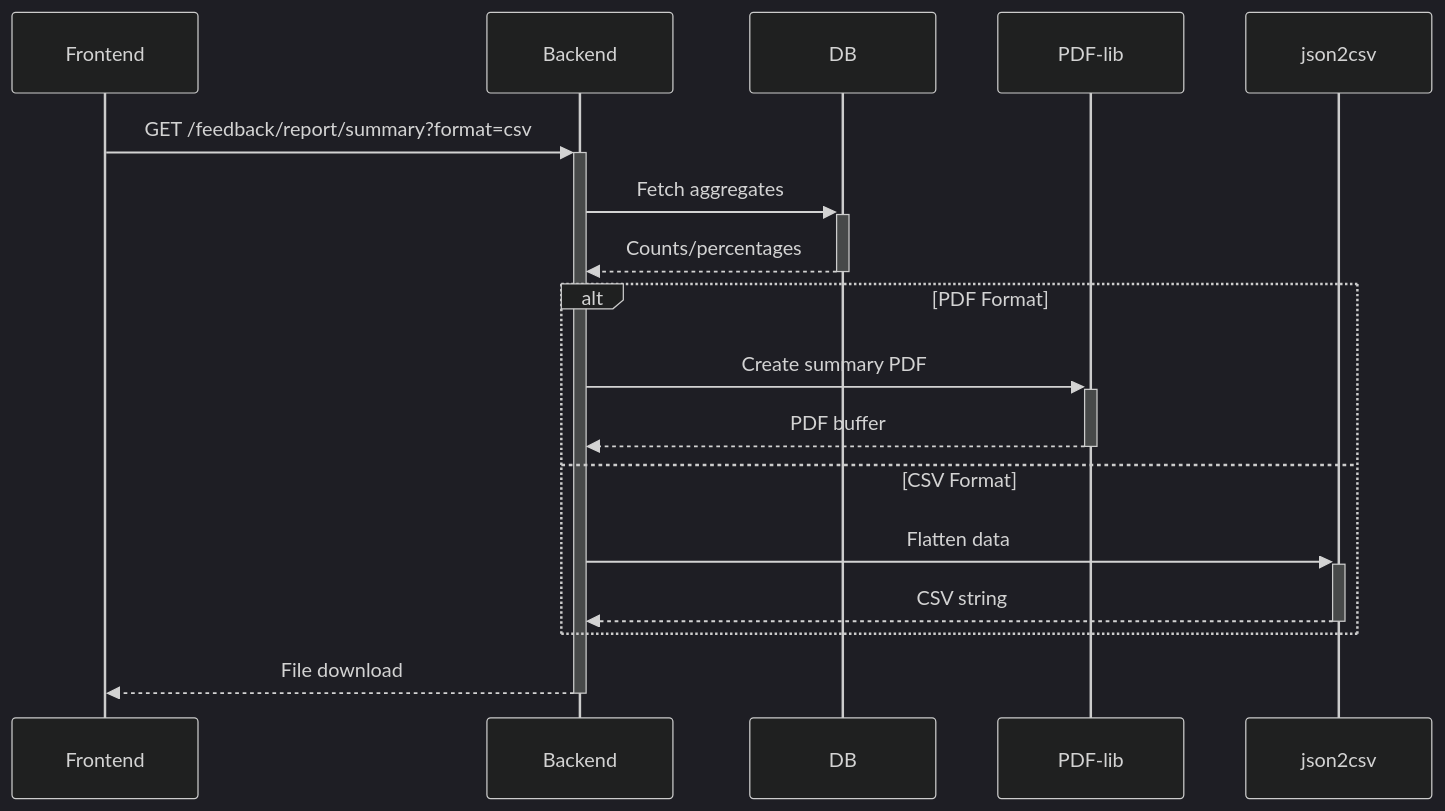
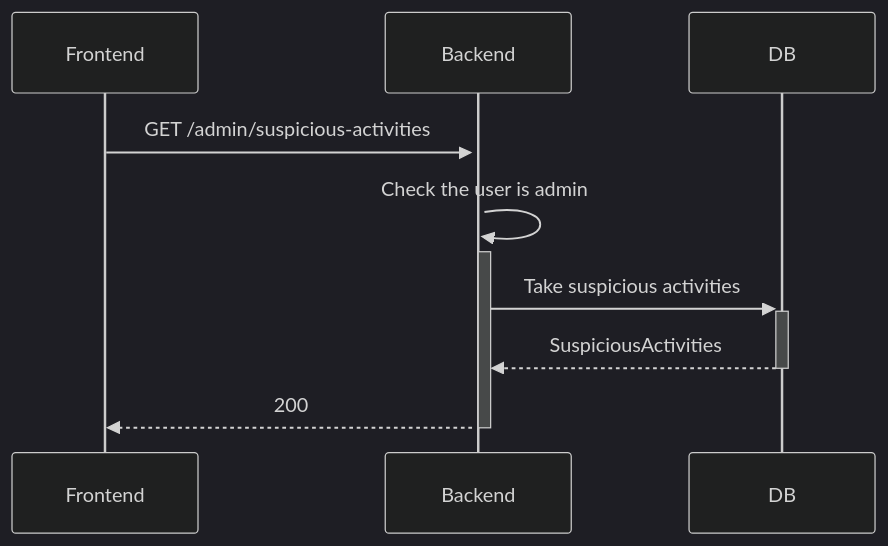
Diagram 19 of 26 in README.md (Xayrulloh/Feedback-Sentiment), drawn with Mermaid (dark theme) before and after one commit. The commit also changed other lines of this file and 2 other files, not shown here.

````diff
--- a/README.md
+++ b/README.md
@@ -483,14 +446,8 @@
 ```mermaid
 sequenceDiagram
-    Frontend->>+Backend: GET /feedback/report/summary?format=csv
-    Backend->>+DB: Fetch aggregates
-    DB-->>-Backend: Counts/percentages
-    alt PDF Format
-        Backend->>+PDF-lib: Create summary PDF
-        PDF-lib-->>-Backend: PDF buffer
-    else CSV Format
-        Backend->>+json2csv: Flatten data
-        json2csv-->>-Backend: CSV string
-    end
-    Backend-->>-Frontend: File download
+    Frontend->>+Backend: GET /admin/suspicious-activities
+    Backend->>+Backend: Check the user is admin
+    Backend->>+DB: Take suspicious activities
+    DB-->>-Backend: SuspiciousActivities
+    Backend-->>-Frontend: 200
 ```
````
